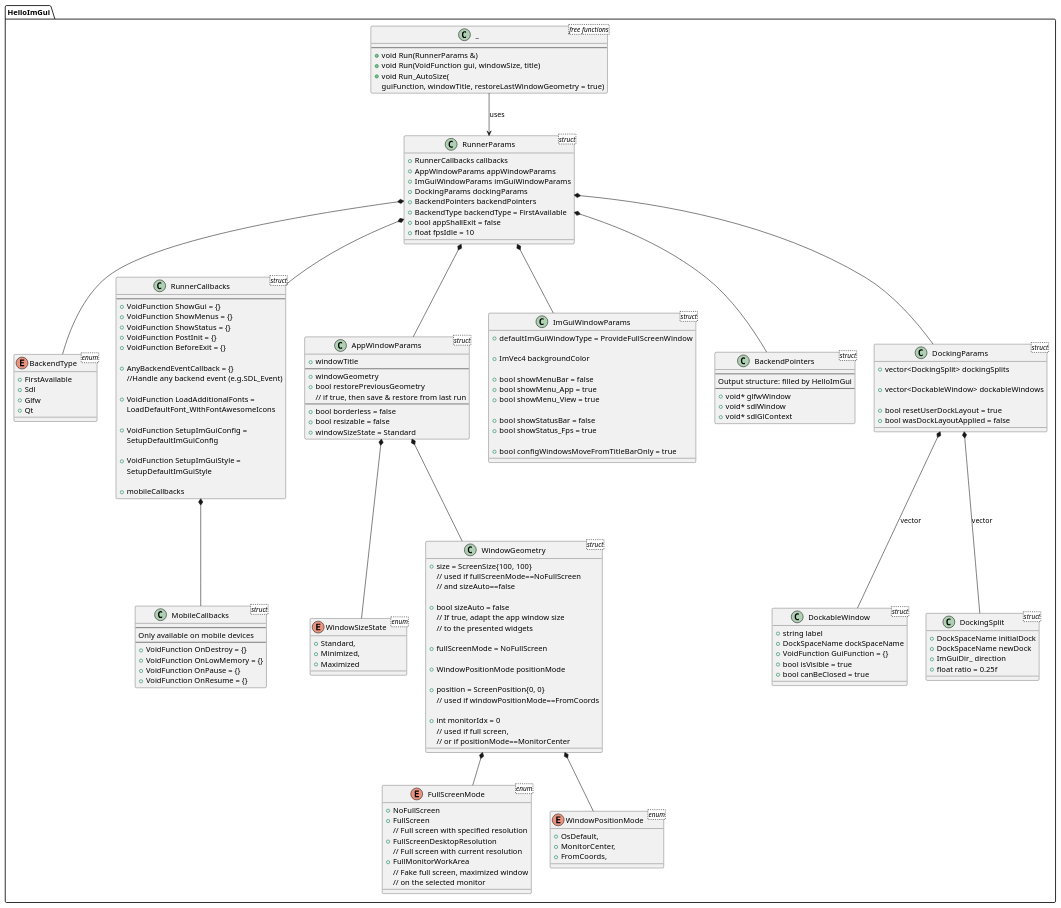
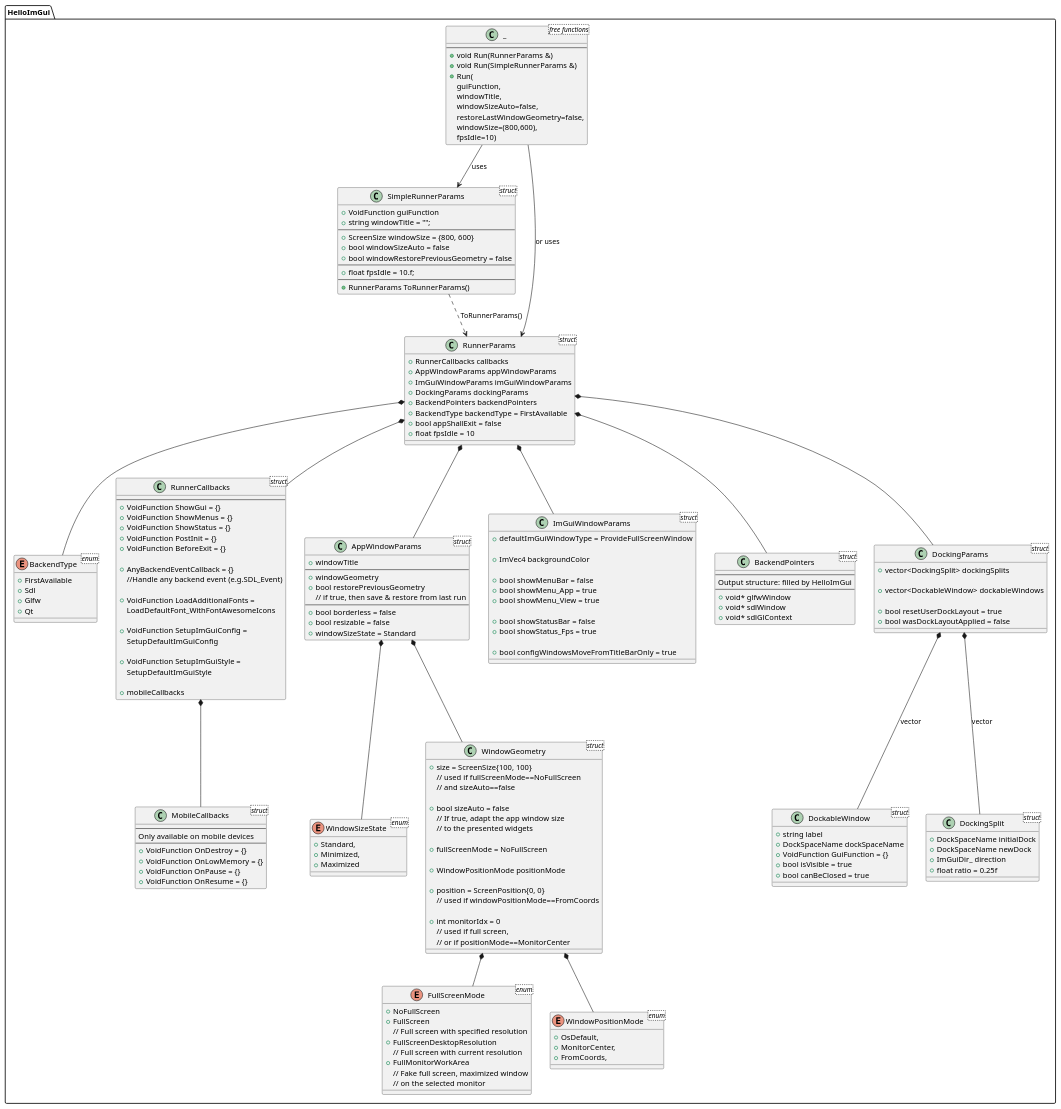
One commit to pthom/hello_imgui changed the diagram in src/hello_imgui/doc_src/hello_imgui_diagram.puml. Above: the diagram before and after it, drawn with PlantUML. The commit also changed 12 other files, not shown here.

Commit message:
Add SimpleRunnerParams

```diff
--- a/src/hello_imgui/doc_src/hello_imgui_diagram.puml
+++ b/src/hello_imgui/doc_src/hello_imgui_diagram.puml
@@ -4,12 +4,18 @@
 class _ <free functions> {
     ----
     + void Run(RunnerParams &)
-    + void Run(VoidFunction gui, windowSize, title)
-    + void Run_AutoSize(
-        guiFunction, windowTitle, restoreLastWindowGeometry = true)
+    + void Run(SimpleRunnerParams &)
+    + Run(
+        guiFunction,
+        windowTitle,
+        windowSizeAuto=false,
+        restoreLastWindowGeometry=false,
+        windowSize=(800,600),
+        fpsIdle=10)
 }
 
-_ --> RunnerParams: uses
+_ --> SimpleRunnerParams: uses
+_ --> RunnerParams: or uses
 
 enum BackendType <enum>{
     + FirstAvailable
@@ -28,6 +34,21 @@
     + bool appShallExit = false
     + float fpsIdle = 10
 }
+
+class SimpleRunnerParams <struct> {
+    + VoidFunction guiFunction
+    + string windowTitle = "";
+    ---
+    + ScreenSize windowSize = {800, 600}
+    + bool windowSizeAuto = false
+    + bool windowRestorePreviousGeometry = false
+    ---
+    + float fpsIdle = 10.f;
+    ---
+    + RunnerParams ToRunnerParams()
+}
+
+SimpleRunnerParams ..> RunnerParams: ToRunnerParams()
 
 class RunnerCallbacks <struct> {
     ---
```
